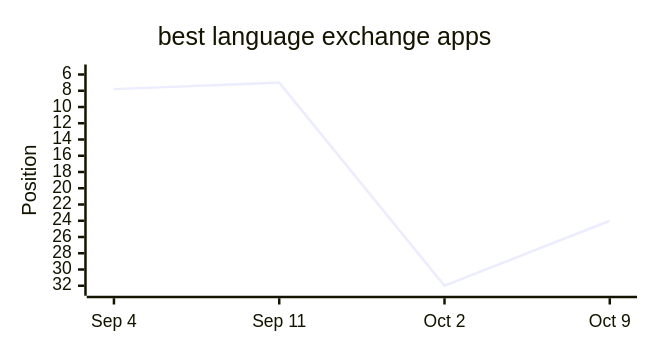
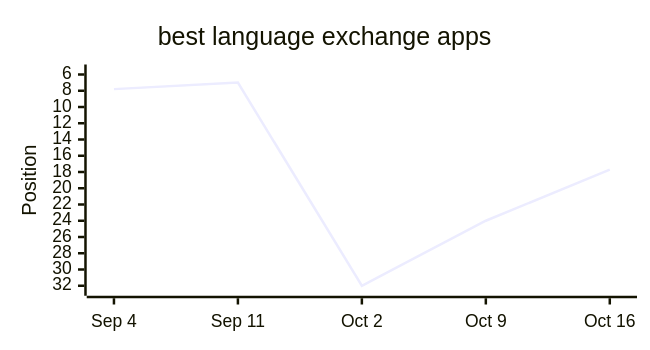
One commit to langx/website changed the eighth of 13 diagrams in latest.md. Above: the diagram before and after it, drawn with Mermaid. The commit also changed other lines of this file and 2 other files, not shown here.

````diff
--- a/latest.md
+++ b/latest.md
@@ -122,13 +122,13 @@
 ```mermaid
 ---
 config:
   xyChart:
     width: 500
     height: 260
 ---
 xychart-beta
   title "best language exchange apps"
-  x-axis ["Sep 4", "Sep 11", "Oct 2", "Oct 9"]
+  x-axis ["Sep 4", "Sep 11", "Oct 2", "Oct 9", "Oct 16"]
   y-axis "Position" 32 --> 6
-  line [7.8, 7, 32, 24]
+  line [7.8, 7, 32, 24, 17.7]
 ```
````
